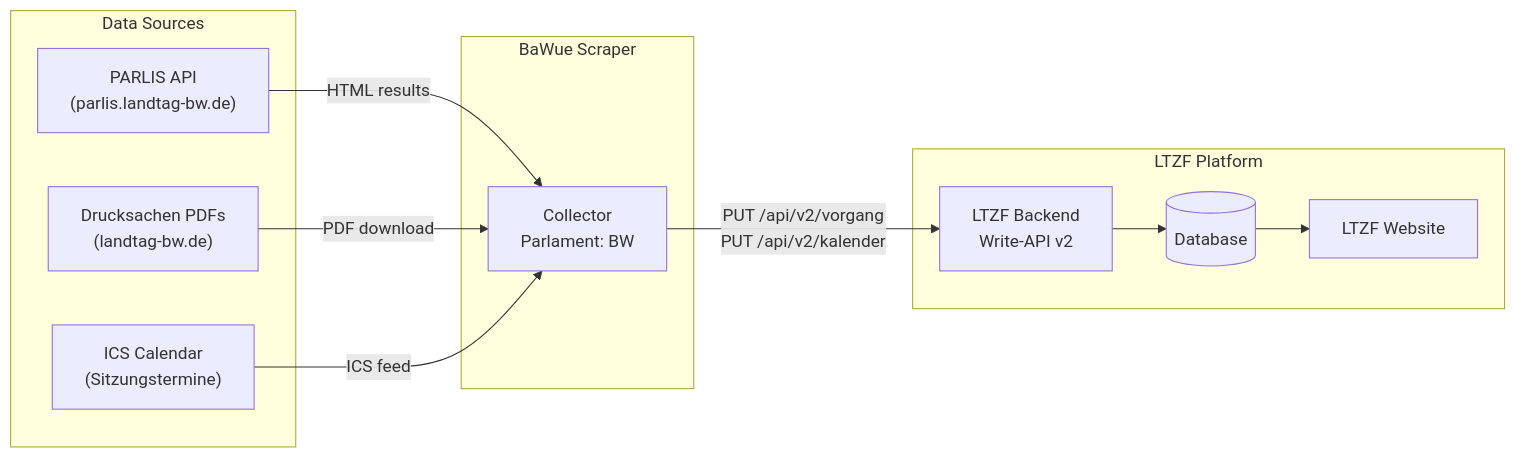
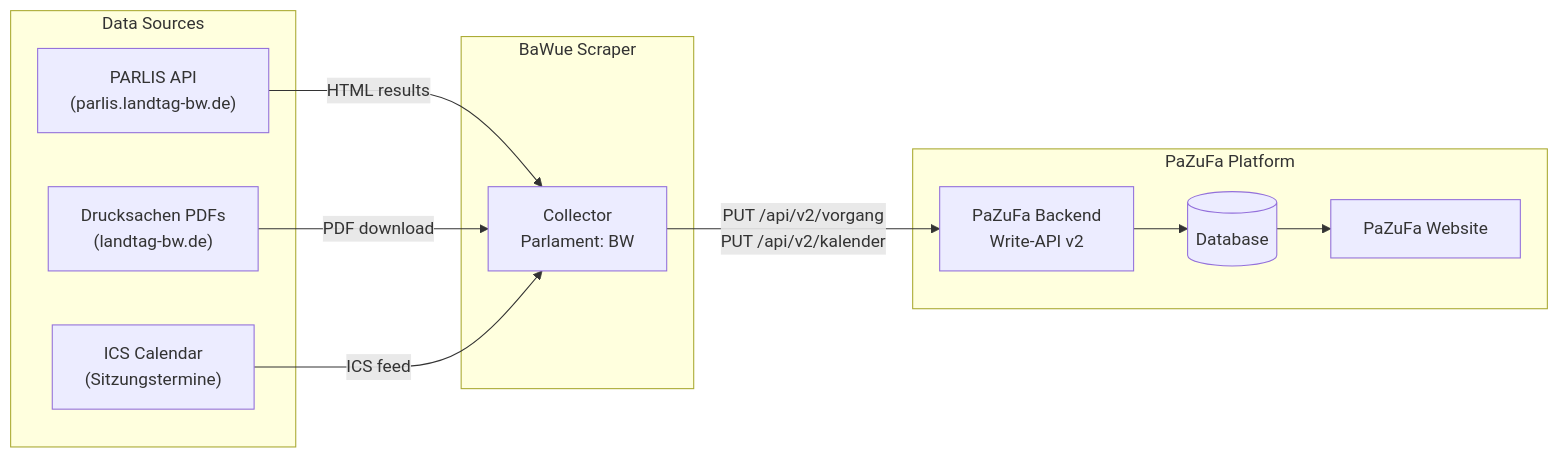
The first of 4 diagrams in docs/architecture.md (schneefisch/landtagszusammenfasser_bawue_scraper), drawn with Mermaid before and after one commit. The commit also changed other lines of this file and 3 other files, not shown here.

````diff
--- a/docs/architecture.md
+++ b/docs/architecture.md
@@ -7,25 +9,25 @@
 ```mermaid
 graph LR
     subgraph "Data Sources"
         PARLIS["PARLIS API<br/>(parlis.landtag-bw.de)"]
         PDFs["Drucksachen PDFs<br/>(landtag-bw.de)"]
         ICS["ICS Calendar<br/>(Sitzungstermine)"]
     end
 
     subgraph "BaWue Scraper"
         Scraper["Collector<br/>Parlament: BW"]
     end
 
-    subgraph "LTZF Platform"
-        API["LTZF Backend<br/>Write-API v2"]
+    subgraph "PaZuFa Platform"
+        API["PaZuFa Backend<br/>Write-API v2"]
         DB[(Database)]
-        Web["LTZF Website"]
+        Web["PaZuFa Website"]
     end
 
     PARLIS -->|"HTML results"| Scraper
     PDFs -->|"PDF download"| Scraper
     ICS -->|"ICS feed"| Scraper
     Scraper -->|"PUT /api/v2/vorgang<br/>PUT /api/v2/kalender"| API
     API --> DB
     DB --> Web
 ```
````
